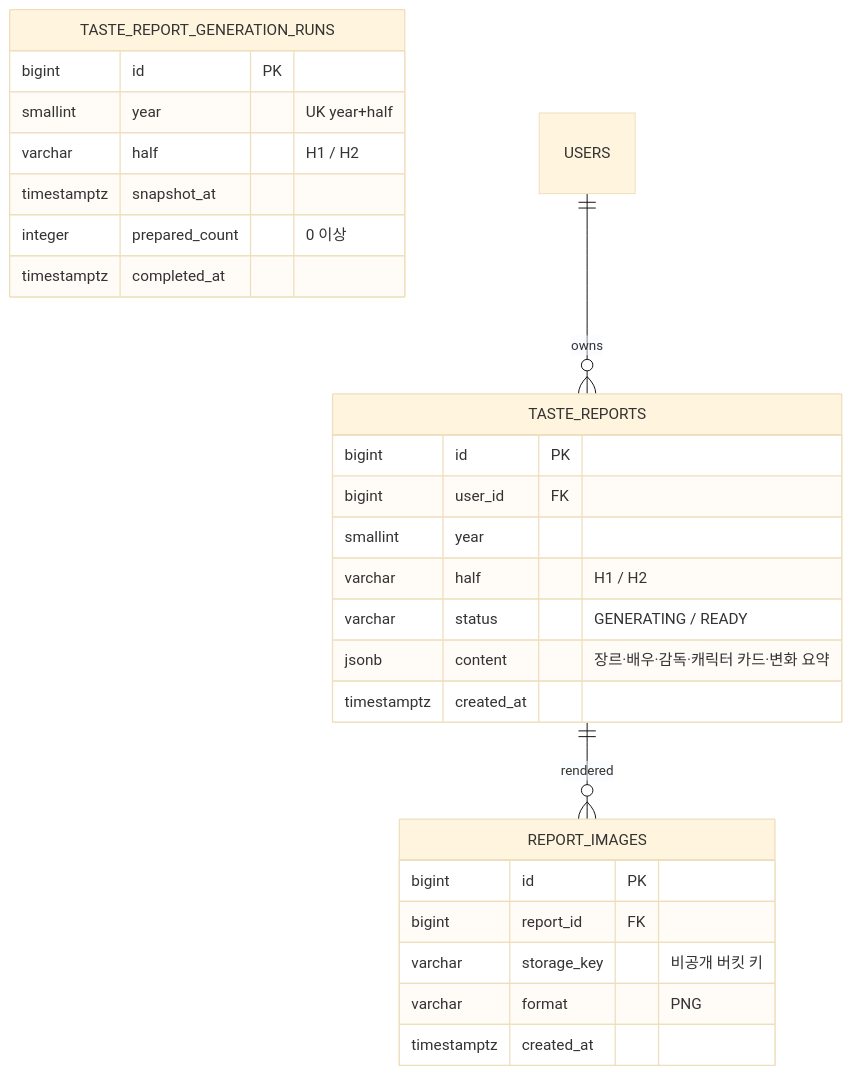
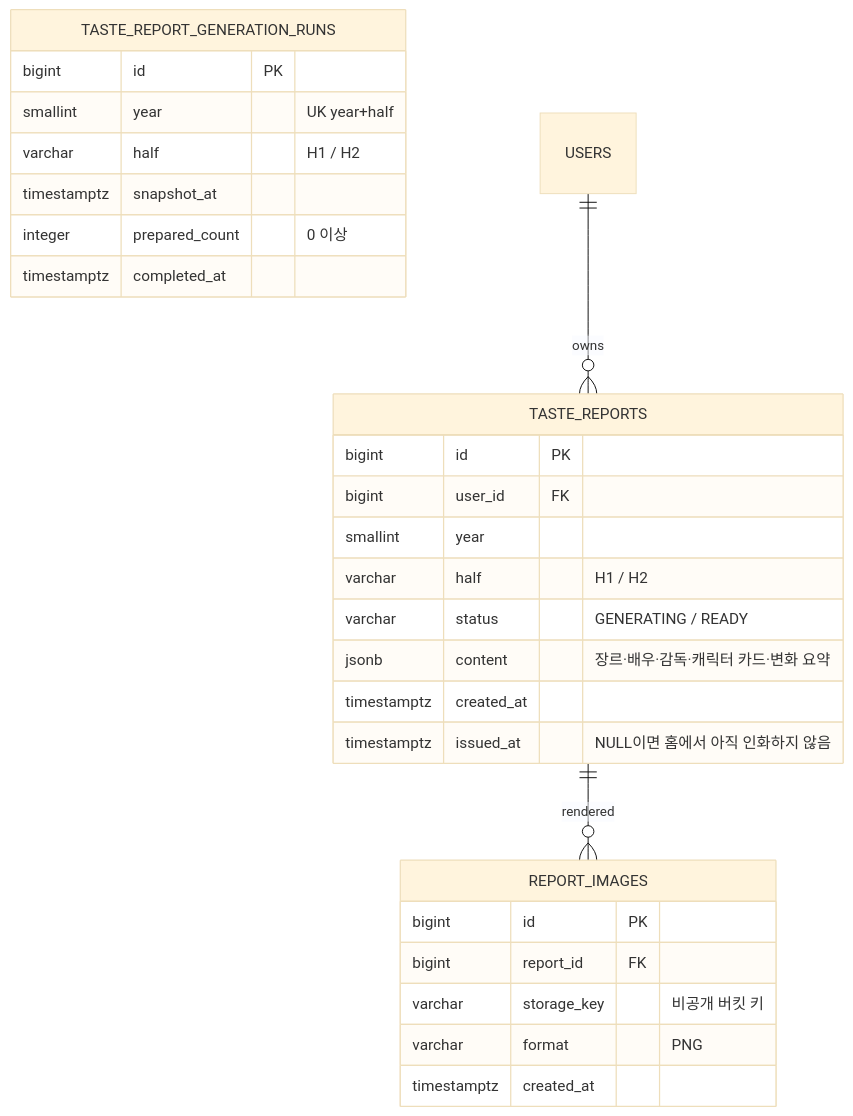
One commit to koongya-studio/feelm changed the seventh of 8 diagrams in docs/erd.md. Above: the diagram before and after it, drawn with Mermaid (base theme). The commit also changed other lines of this file and 2 other files, not shown here.

````diff
--- a/docs/erd.md
+++ b/docs/erd.md
@@ -450,30 +450,31 @@
 ```mermaid
 erDiagram
     TASTE_REPORTS {
         bigint id PK
         bigint user_id FK
         smallint year
         varchar half "H1 / H2"
         varchar status "GENERATING / READY"
         jsonb content "장르·배우·감독·캐릭터 카드·변화 요약"
         timestamptz created_at
+        timestamptz issued_at "NULL이면 홈에서 아직 인화하지 않음"
     }
     TASTE_REPORT_GENERATION_RUNS {
         bigint id PK
         smallint year "UK year+half"
         varchar half "H1 / H2"
         timestamptz snapshot_at
         integer prepared_count "0 이상"
         timestamptz completed_at
     }
     REPORT_IMAGES {
         bigint id PK
         bigint report_id FK
         varchar storage_key "비공개 버킷 키"
         varchar format "PNG"
         timestamptz created_at
     }
 
     USERS ||--o{ TASTE_REPORTS : owns
     TASTE_REPORTS ||--o{ REPORT_IMAGES : rendered
 ```
````
